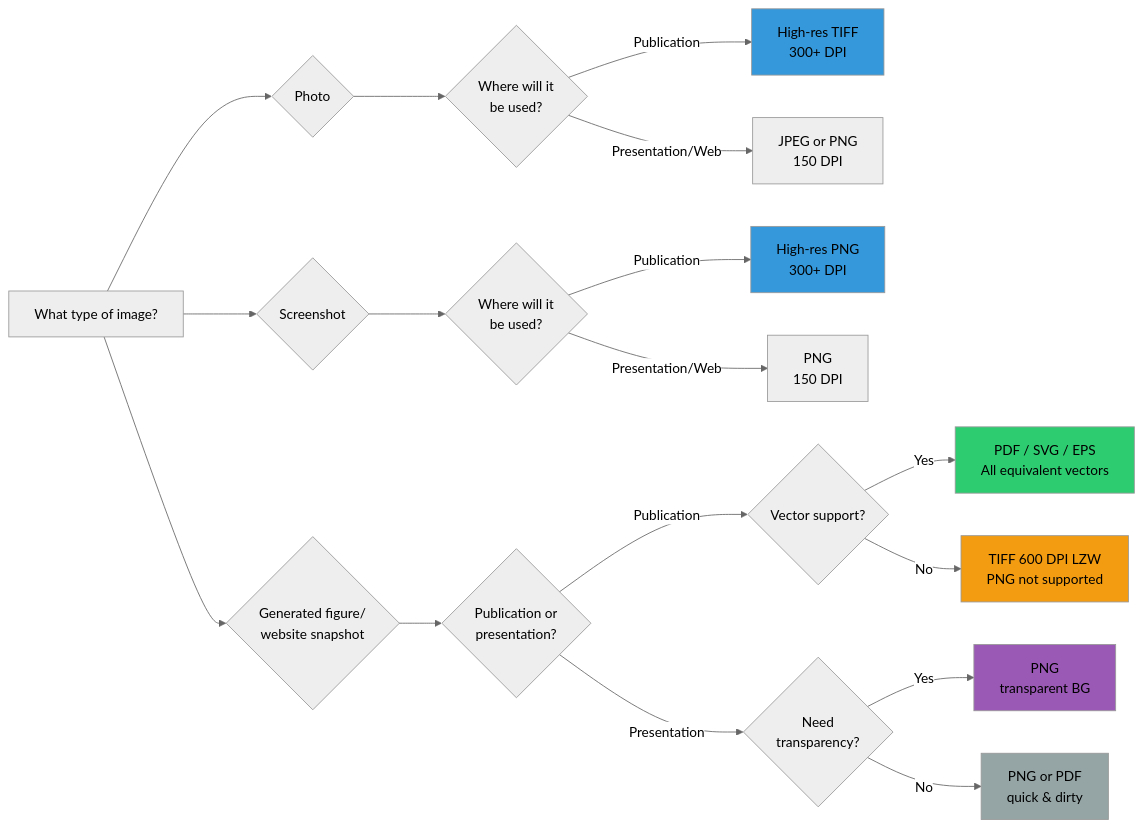
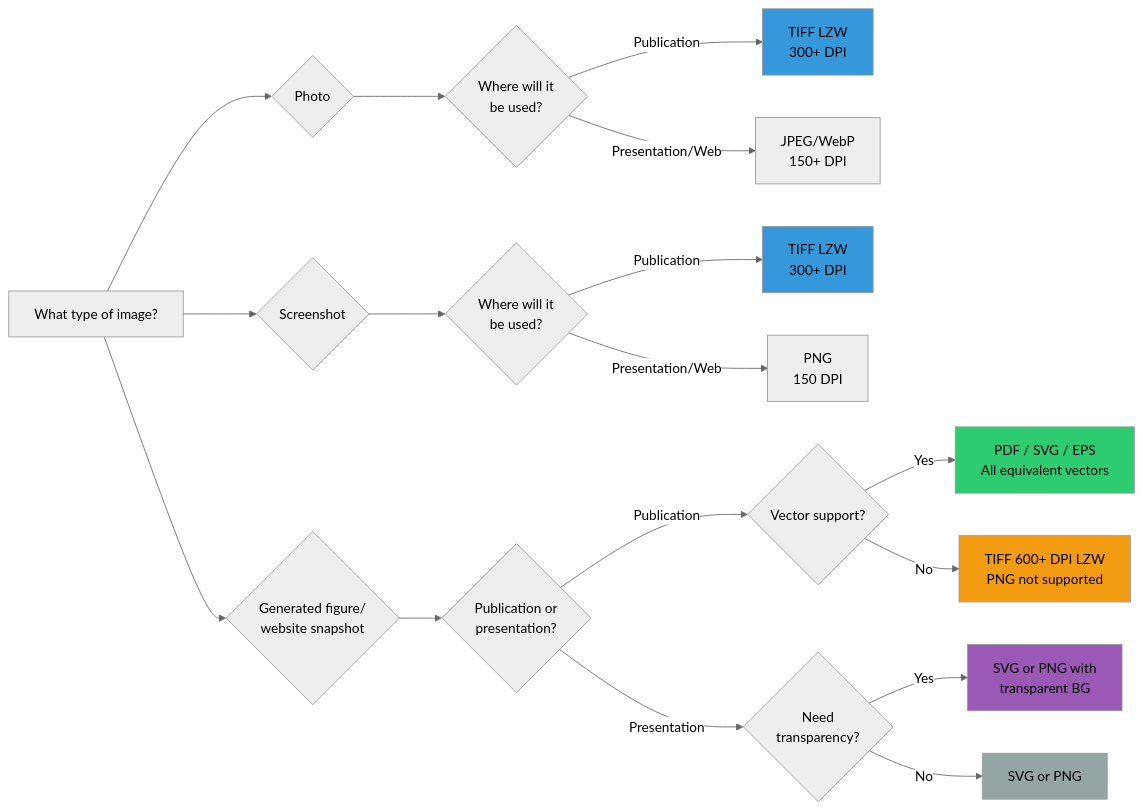
Before and after one commit to stanstrup/figure_presentation: the diagram in topics/01_formats.qmd, drawn with Mermaid (neutral theme).

Commit message:
updated format selection graph

````diff
--- a/topics/01_formats.qmd
+++ b/topics/01_formats.qmd
@@ -198,35 +198,35 @@
 ```{mermaid}
 
 flowchart LR
     A[What type of image?] --> B{Photo}
     A --> C{Screenshot}
     A --> D{Generated figure/<br/>website snapshot}
 
 
     B --> B1{Where will it<br/>be used?}
-    B1 -->|Publication| B2[High-res TIFF<br/>300+ DPI]
-    B1 -->|Presentation/Web| B3[JPEG or PNG<br/>150 DPI]
+    B1 -->|Publication| B2[TIFF LZW<br/>300+ DPI]
+    B1 -->|Presentation/Web| B3[JPEG/WebP <br/> 150+ DPI]
 
     C --> C1{Where will it<br/>be used?}
-    C1 -->|Publication| C2[High-res PNG<br/>300+ DPI]
+    C1 -->|Publication| C2[TIFF LZW<br/>300+ DPI]
     C1 -->|Presentation/Web| C3[PNG<br/>150 DPI]
 
     D --> D1{Publication or<br/>presentation?}
     D1 -->|Publication| D2{Vector support?}
     D1 -->|Presentation| D3{Need<br/>transparency?}
 
     D2 -->|Yes| D4[PDF / SVG / EPS<br/>All equivalent vectors]
-    D2 -->|No| D5[TIFF 600 DPI LZW<br/>PNG not supported]
+    D2 -->|No| D5[TIFF 600+ DPI LZW<br/>PNG not supported]
 
 
-    D3 -->|Yes| D6[PNG<br/>transparent BG]
-    D3 -->|No| D7[PNG or PDF<br/>quick & dirty]
+    D3 -->|Yes| D6[SVG or PNG with <br/>transparent BG]
+    D3 -->|No| D7[SVG or PNG]
 
     style D4 fill:#2ecc71
     style D5 fill:#f39c12
     style D6 fill:#9b59b6
     style D7 fill:#95a5a6
     style B2 fill:#3498db
     style C2 fill:#3498db
 
 ```
````
